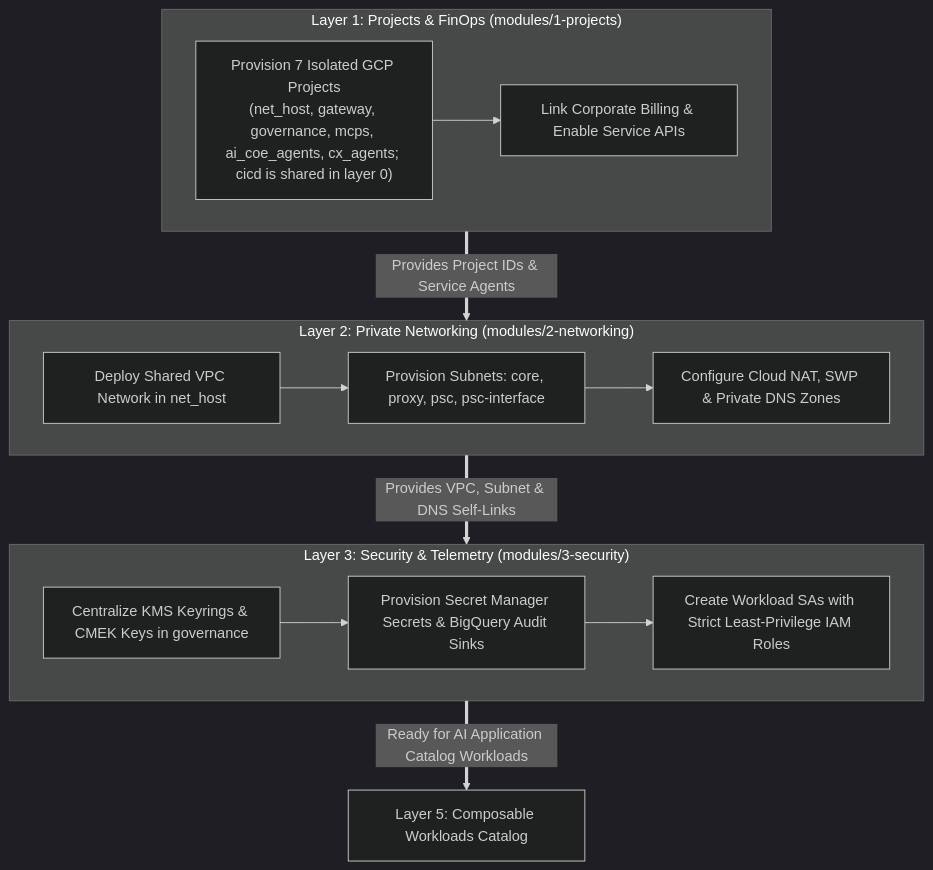
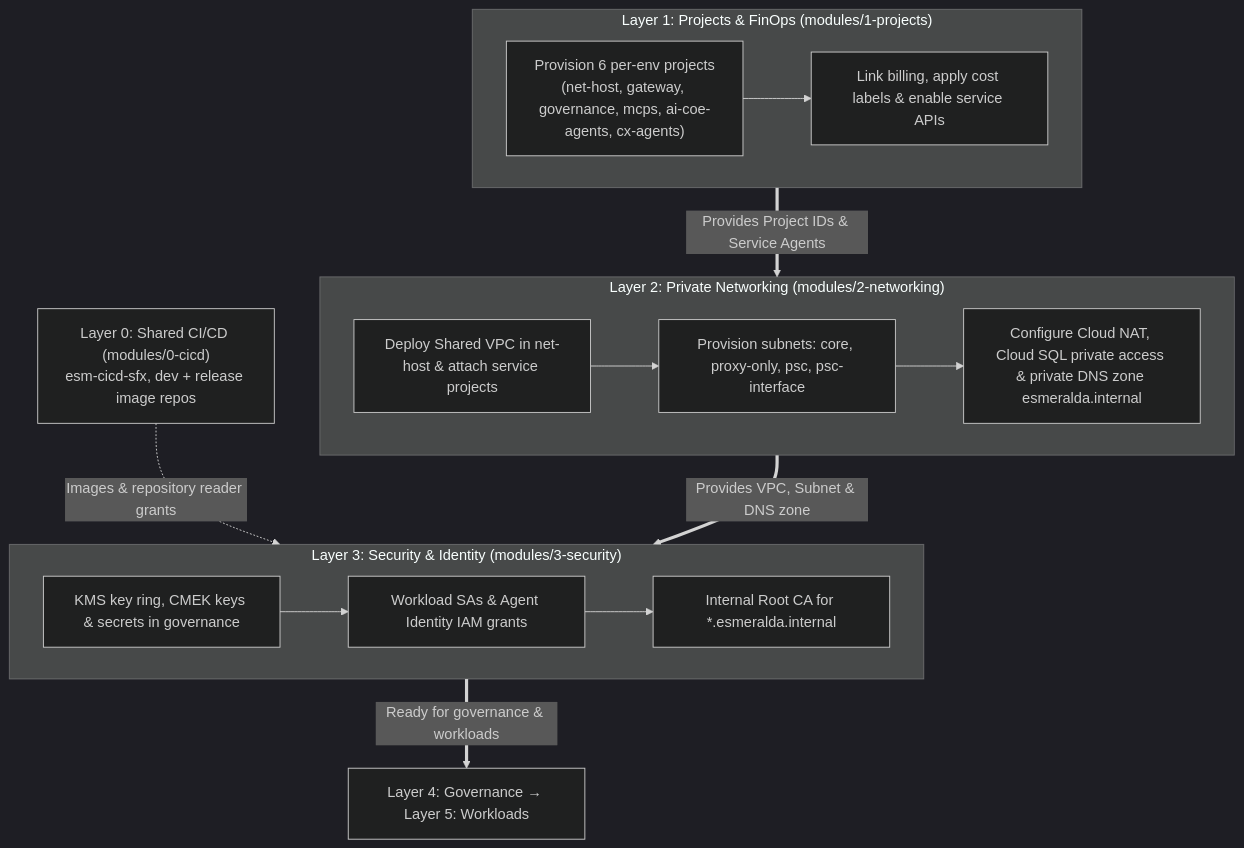
One commit to google/esmeralda changed the diagram in docs/1-platform-foundations/README.md. Above: the diagram before and after it, drawn with Mermaid (dark theme). The commit also changed other lines of this file and 15 other files, not shown here.

First line of the commit message:
docs: revise all docs for team-based names and current architecture

````diff
--- a/docs/1-platform-foundations/README.md
+++ b/docs/1-platform-foundations/README.md
@@ -42,26 +58,29 @@
 ```mermaid
 flowchart TD
+    L0["Layer 0: Shared CI/CD (modules/0-cicd)<br/>esm-cicd-sfx, dev + release image repos"]
+
     subgraph Layer1["Layer 1: Projects & FinOps (modules/1-projects)"]
-        P1["Provision 7 Isolated GCP Projects<br/>(net_host, gateway, governance, mcps, ai_coe_agents, cx_agents; cicd is shared in layer 0)"]
-        P2["Link Corporate Billing & Enable Service APIs"]
+        P1["Provision 6 per-env projects<br/>(net-host, gateway, governance, mcps, ai-coe-agents, cx-agents)"]
+        P2["Link billing, apply cost labels & enable service APIs"]
         P1 --> P2
     end
 
     subgraph Layer2["Layer 2: Private Networking (modules/2-networking)"]
-        N1["Deploy Shared VPC Network in net_host"]
-        N2["Provision Subnets: core, proxy, psc, psc-interface"]
-        N3["Configure Cloud NAT, SWP & Private DNS Zones"]
+        N1["Deploy Shared VPC in net-host & attach service projects"]
+        N2["Provision subnets: core, proxy-only, psc, psc-interface"]
+        N3["Configure Cloud NAT, Cloud SQL private access & private DNS zone esmeralda.internal"]
         N1 --> N2 --> N3
     end
 
-    subgraph Layer3["Layer 3: Security & Telemetry (modules/3-security)"]
-        S1["Centralize KMS Keyrings & CMEK Keys in governance"]
-        S2["Provision Secret Manager Secrets & BigQuery Audit Sinks"]
-        S3["Create Workload SAs with Strict Least-Privilege IAM Roles"]
+    subgraph Layer3["Layer 3: Security & Identity (modules/3-security)"]
+        S1["KMS key ring, CMEK keys & secrets in governance"]
+        S2["Workload SAs & Agent Identity IAM grants"]
+        S3["Internal Root CA for *.esmeralda.internal"]
         S1 --> S2 --> S3
     end
 
+    L0 -.->|Images & repository reader grants| Layer3
     Layer1 ==>|Provides Project IDs & Service Agents| Layer2
-    Layer2 ==>|Provides VPC, Subnet & DNS Self-Links| Layer3
-    Layer3 ==>|Ready for AI Application Catalog Workloads| Catalog["Layer 5: Composable Workloads Catalog"]
+    Layer2 ==>|Provides VPC, Subnet & DNS zone| Layer3
+    Layer3 ==>|Ready for governance & workloads| Next["Layer 4: Governance → Layer 5: Workloads"]
 ```
````
